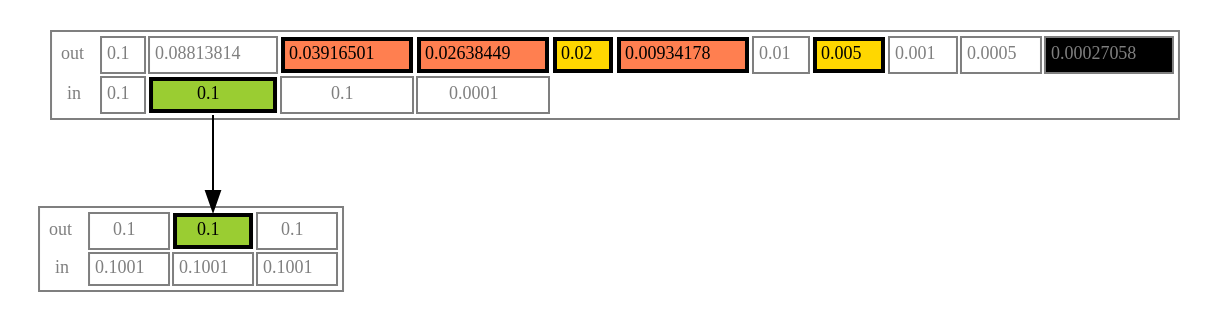
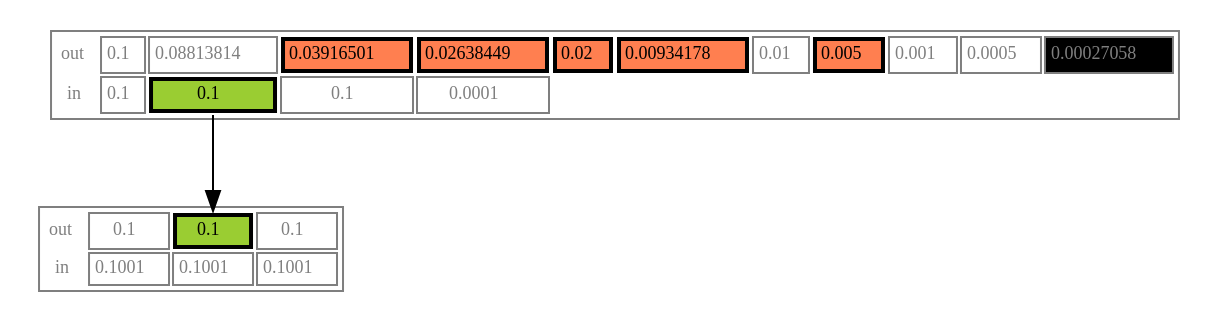
One commit to WalletWasabi/WabiSabi changed diagram 18 of 22 in simple_example_graphs.org. Above: the diagram before and after it, drawn with Graphviz. The commit also changed other lines of this file, not shown here.

Commit message:
fixup! Add diagrams to illustrate variety of transaction possibilities.

```diff
--- a/simple_example_graphs.org
+++ b/simple_example_graphs.org
@@ -1290,46 +1290,46 @@
     #+BEGIN_SRC dot :file diagrams/txs/19.svg
     digraph {
         node [shape=none,fontsize=9,color=grey50,fontcolor=grey50]
 
         mix [
             label =<<table cellspacing="2pt" cellpadding="2pt">
             <tr><td border="0">out</td>
                 <td>0.1</td>
                 <td>0.08813814</td>
                 <td border="2pt" color="black" bgcolor="coral"><font color="black">0.03916501</font></td>
                 <td border="2pt" color="black" bgcolor="coral"><font color="black">0.02638449</font></td>
-                <td border="2pt" color="black" bgcolor="gold"><font color="black">0.02</font></td>
+                <td border="2pt" color="black" bgcolor="coral"><font color="black">0.02</font></td>
                 <td border="2pt" color="black" bgcolor="coral"><font color="black">0.00934178</font></td>
                 <td>0.01</td>
-                <td border="2pt" color="black" bgcolor="gold"><font color="black">0.005</font></td>
+                <td border="2pt" color="black" bgcolor="coral"><font color="black">0.005</font></td>
                 <td>0.001</td>
                 <td>0.0005</td>
                 <td port="coord" bgcolor="black">0.00027058</td>
             </tr>
             <tr><td border="0">in</td>
                 <td>0.1</td>
                 <td port="i01" border="2pt" color="black" bgcolor="olivedrab3"><font color="black">0.1</font></td>
                 <td>0.1</td>
                 <td>0.0001</td>
             </tr>
             </table>>
         ]
 
         prev_mix [
             label =<<table cellspacing="2pt" cellpadding="2pt">
             <tr><td border="0">out</td>
                 <td>0.1</td>
                 <td port="o01" border="2pt" color="black" bgcolor="olivedrab3"><font color="black">0.1</font></td>
                 <td>0.1</td>
             </tr>
             <tr><td border="0">in</td>
                 <td>0.1001</td>
                 <td>0.1001</td>
                 <td>0.1001</td>
             </tr>
             </table>>
         ]
 
         mix:i01 -> prev_mix:o01
     }
     #+END_SRC
```
